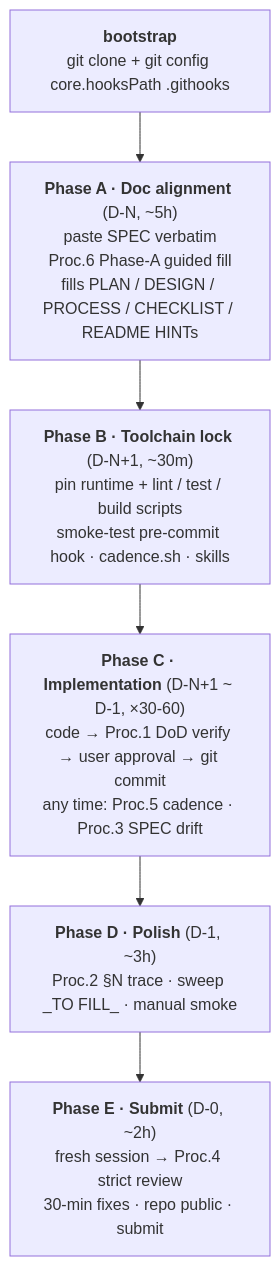
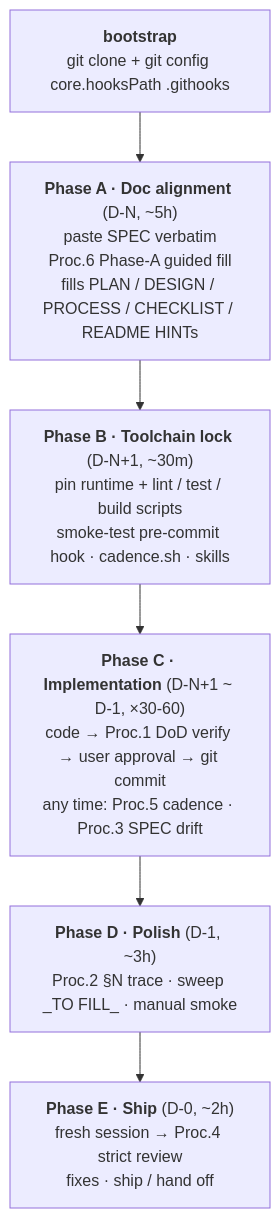
Before and after one commit to JayKim88/craft-kit: the second of 4 diagrams in docs/OVERVIEW.md, drawn with Mermaid. The commit also changed other lines of this file and 24 other files, not shown here.

````diff
--- a/docs/OVERVIEW.md
+++ b/docs/OVERVIEW.md
@@ -79,10 +79,10 @@
 ```mermaid
 flowchart TD
   Boot["<b>bootstrap</b><br/>git clone + git config core.hooksPath .githooks"]
   A["<b>Phase A · Doc alignment</b> (D-N, ~5h)<br/>paste SPEC verbatim<br/>Proc.6 Phase-A guided fill<br/>fills PLAN / DESIGN / PROCESS / CHECKLIST / README HINTs"]
   B["<b>Phase B · Toolchain lock</b> (D-N+1, ~30m)<br/>pin runtime + lint / test / build scripts<br/>smoke-test pre-commit hook · cadence.sh · skills"]
   C["<b>Phase C · Implementation</b> (D-N+1 ~ D-1, ×30-60)<br/>code → Proc.1 DoD verify → user approval → git commit<br/>any time: Proc.5 cadence · Proc.3 SPEC drift"]
   D["<b>Phase D · Polish</b> (D-1, ~3h)<br/>Proc.2 §N trace · sweep _TO FILL_ · manual smoke"]
-  E["<b>Phase E · Submit</b> (D-0, ~2h)<br/>fresh session → Proc.4 strict review<br/>30-min fixes · repo public · submit"]
+  E["<b>Phase E · Ship</b> (D-0, ~2h)<br/>fresh session → Proc.4 strict review<br/>fixes · ship / hand off"]
   Boot --> A --> B --> C --> D --> E
 ```
````
